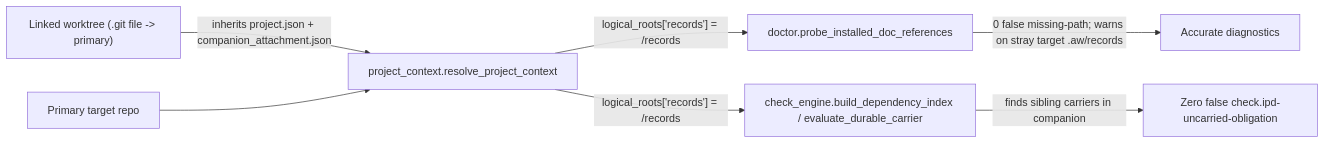
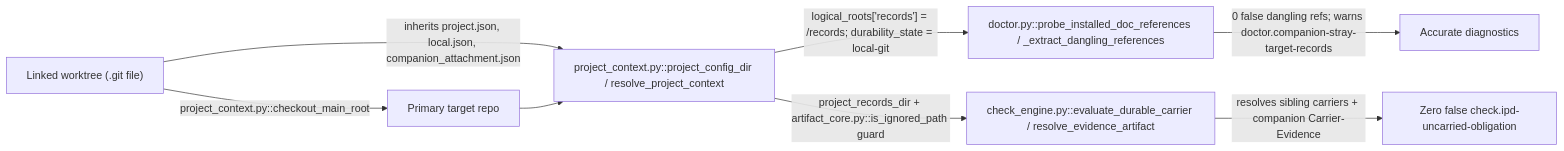
The diagram in .aw/records/plans/pending/20261121-companion-bugs-02-pbdtss-unified-companion-records-resolution-across-doctor-check-eng.ipd.md (fariello/agent-workflows), drawn with Mermaid before and after one commit. The commit also changed other lines of this file and 1 other file, not shown here.

````diff
--- a/.aw/records/plans/pending/20261121-companion-bugs-02-pbdtss-unified-companion-records-resolution-across-doctor-check-eng.ipd.md
+++ b/.aw/records/plans/pending/20261121-companion-bugs-02-pbdtss-unified-companion-records-resolution-across-doctor-check-eng.ipd.md
@@ -75,9 +84,10 @@
 ```mermaid
 flowchart LR
-    WT["Linked worktree (.git file -> primary)"] -->|"inherits project.json + companion_attachment.json"| Ctx["project_context.resolve_project_context"]
-    Primary["Primary target repo"] --> Ctx
-    Ctx -->|"logical_roots['records'] = <companion>/records"| Doctor["doctor.probe_installed_doc_references"]
-    Ctx -->|"logical_roots['records'] = <companion>/records"| Check["check_engine.build_dependency_index / evaluate_durable_carrier"]
-    Doctor -->|"0 false missing-path; warns on stray target .aw/records"| Clean["Accurate diagnostics"]
-    Check -->|"finds sibling carriers in companion"| Pass["Zero false check.ipd-uncarried-obligation"]
+    WT["Linked worktree (.git file)"] -->|"project_context.py::checkout_main_root"| Primary["Primary target repo"]
+    WT -->|"inherits project.json, local.json, companion_attachment.json"| Ctx["project_context.py::project_config_dir / resolve_project_context"]
+    Primary --> Ctx
+    Ctx -->|"logical_roots['records'] = <companion>/records; durability_state = local-git"| Doctor["doctor.py::probe_installed_doc_references / _extract_dangling_references"]
+    Ctx -->|"project_records_dir + artifact_core.py::is_ignored_path guard"| Check["check_engine.py::evaluate_durable_carrier / resolve_evidence_artifact"]
+    Doctor -->|"0 false dangling refs; warns doctor.companion-stray-target-records"| Clean["Accurate diagnostics"]
+    Check -->|"resolves sibling carriers + companion Carrier-Evidence"| Pass["Zero false check.ipd-uncarried-obligation"]
 ```
````
